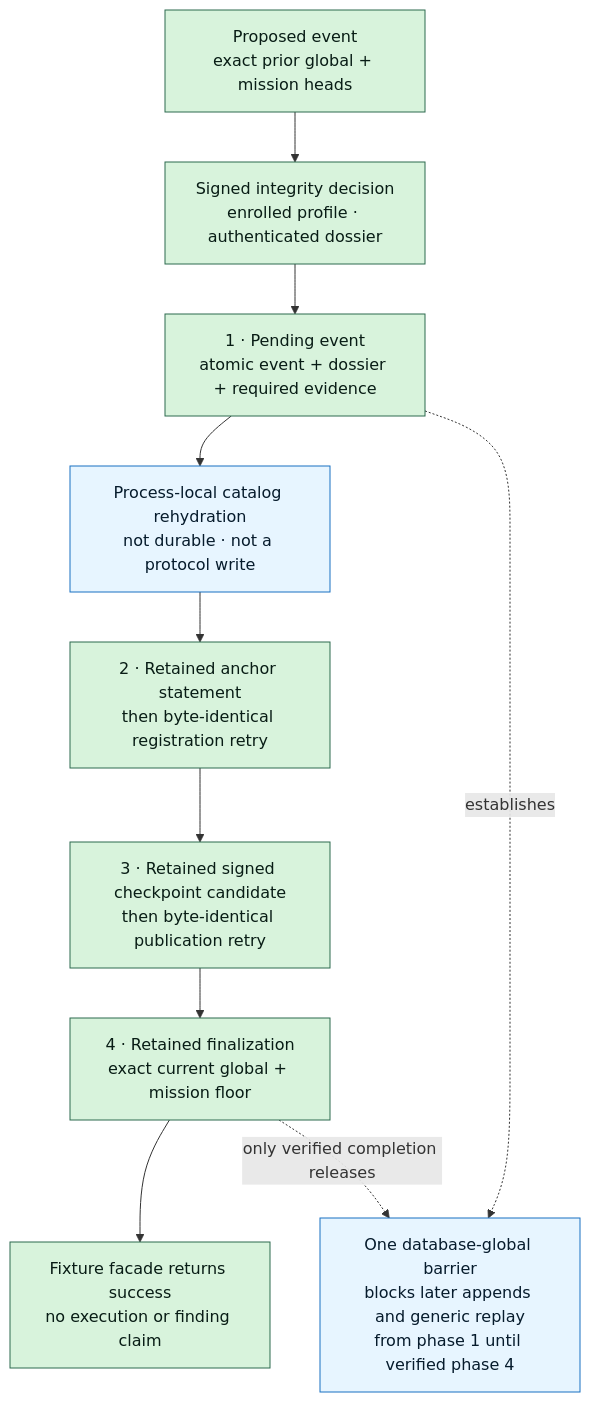
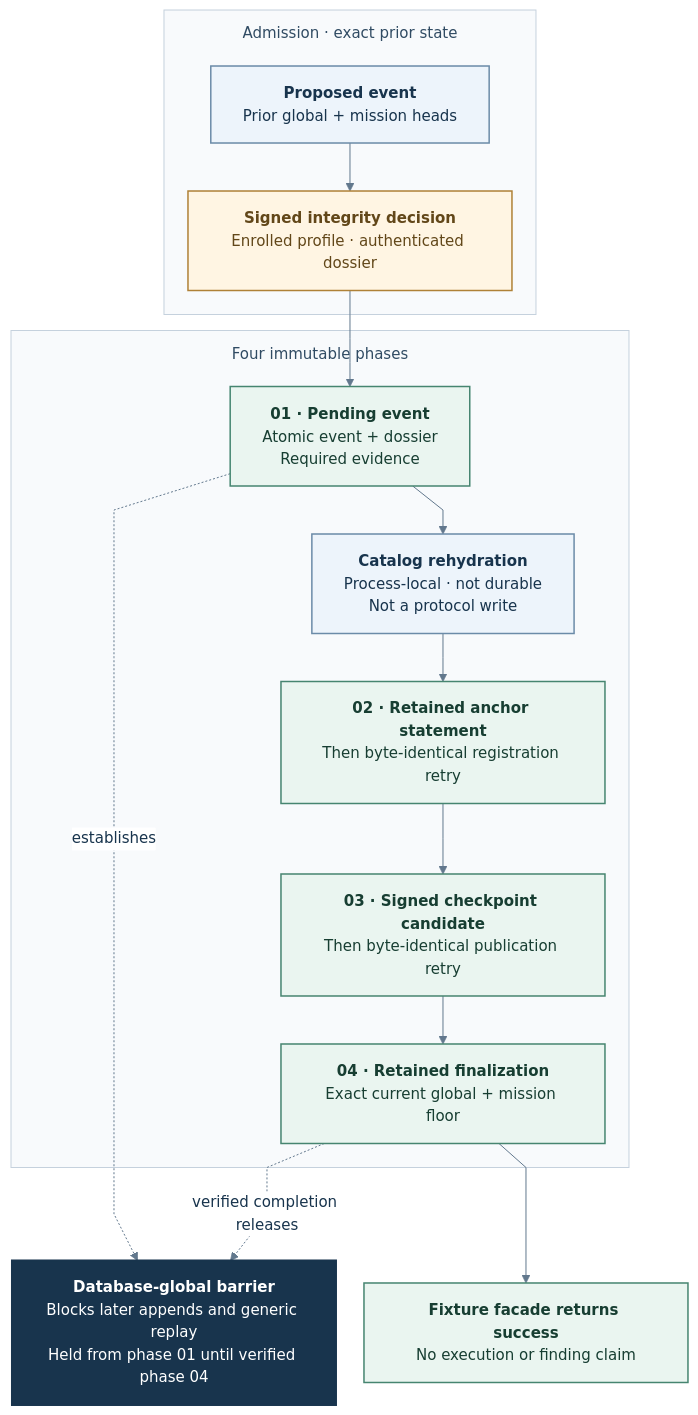
Before and after one commit to manfromnowhere143/etzio: the fourth of 5 diagrams in README.md, drawn with Mermaid. The commit also changed other lines of this file and 7 other files, not shown here.

First line of the commit message:
Restore detailed architecture and redesign all Mermaid diagrams

````diff
--- a/README.md
+++ b/README.md
@@ -419,21 +579,61 @@
 ```mermaid
+---
+config:
+  theme: base
+  fontFamily: Arial
+  themeVariables:
+    fontFamily: 'Arial'
+    fontSize: '15px'
+    primaryColor: '#edf4fb'
+    primaryTextColor: '#18344d'
+    primaryBorderColor: '#6b8ba8'
+    lineColor: '#62788d'
+    clusterBkg: '#f8fafc'
+    clusterBorder: '#c5d1dd'
+    edgeLabelBackground: '#ffffff'
+  flowchart:
+    curve: linear
+    nodeSpacing: 28
+    rankSpacing: 48
+    padding: 16
+    wrappingWidth: 260
+    subGraphTitleMargin:
+      top: 12
+      bottom: 20
+---
 flowchart TB
-    accTitle: Fixture integrity finality
-    accDescr: Four immutable retained phases advance from a pending event to verified finalization. The unresolved transition holds a database-global barrier.
-    E["Proposed event<br/>exact prior global + mission heads"]
-    D["Signed integrity decision<br/>enrolled profile · authenticated dossier"]
-    P1["1 · Pending event<br/>atomic event + dossier + required evidence"]
-    RH["Process-local catalog rehydration<br/>not durable · not a protocol write"]
-    P2["2 · Retained anchor statement<br/>then byte-identical registration retry"]
-    P3["3 · Retained signed checkpoint candidate<br/>then byte-identical publication retry"]
-    P4["4 · Retained finalization<br/>exact current global + mission floor"]
-    OK["Fixture facade returns success<br/>no execution or finding claim"]
-    B["One database-global barrier<br/>blocks later appends and generic replay<br/>from phase 1 until verified phase 4"]
-    E --> D --> P1 --> RH --> P2 --> P3 --> P4 --> OK
+    accTitle: Fixture finality — four immutable phases and one global barrier
+    accDescr: A proposed event and signed decision precede atomic pending retention. Process-local catalog rehydration is not a durable protocol write. Anchor and checkpoint bytes are retained before byte-identical retries. Only verified finalization releases the database-global barrier.
+    subgraph ADMISSION["Admission · exact prior state"]
+        E["<b>Proposed event</b><br/>Prior global + mission heads"]
+        D["<b>Signed integrity decision</b><br/>Enrolled profile · authenticated dossier"]
+        E --> D
+    end
+    subgraph RETENTION["Four immutable phases"]
+        P1["<b>01 · Pending event</b><br/>Atomic event + dossier<br/>Required evidence"]
+        RH["<b>Catalog rehydration</b><br/>Process-local · not durable<br/>Not a protocol write"]
+        P2["<b>02 · Retained anchor statement</b><br/>Then byte-identical registration retry"]
+        P3["<b>03 · Signed checkpoint candidate</b><br/>Then byte-identical publication retry"]
+        P4["<b>04 · Retained finalization</b><br/>Exact current global + mission floor"]
+        P1 --> RH --> P2 --> P3 --> P4
+    end
+    B["<b>Database-global barrier</b><br/>Blocks later appends and generic replay<br/>Held from phase 01 until verified phase 04"]
+    OK["<b>Fixture facade returns success</b><br/>No execution or finding claim"]
+    D --> P1
     P1 -. "establishes" .-> B
-    P4 -. "only verified completion releases" .-> B
-    classDef retained fill:#d8f3dc,stroke:#2d6a4f,color:#081c15;
-    classDef boundary fill:#e7f5ff,stroke:#1971c2,color:#061b2c;
-    class E,D,P1,P2,P3,P4,OK retained;
-    class RH,B boundary;
+    P4 -. "verified completion releases" .-> B
+    P4 --> OK
+
+    classDef core fill:#18344d,stroke:#18344d,color:#ffffff,stroke-width:2px;
+    classDef retained fill:#eaf5f0,stroke:#468570,color:#173e32,stroke-width:1.5px;
+    classDef fixture fill:#edf4fb,stroke:#6b8ba8,color:#18344d,stroke-width:1.5px;
+    classDef qualified fill:#fff5e3,stroke:#af8137,color:#624719,stroke-width:1.5px;
+    classDef planned fill:#f4f3f8,stroke:#8a829e,color:#48415a,stroke-width:1.5px,stroke-dasharray:5 4;
+    classDef blocked fill:#fff0ef,stroke:#ad6461,color:#713735,stroke-width:1.5px;
+    class E,RH fixture;
+    class D qualified;
+    class P1,P2,P3,P4,OK retained;
+    class B core;
+    style ADMISSION fill:#f8fafc,stroke:#c5d1dd,color:#304b63,stroke-width:1px
+    style RETENTION fill:#f8fafc,stroke:#c5d1dd,color:#304b63,stroke-width:1px
 ```
````
